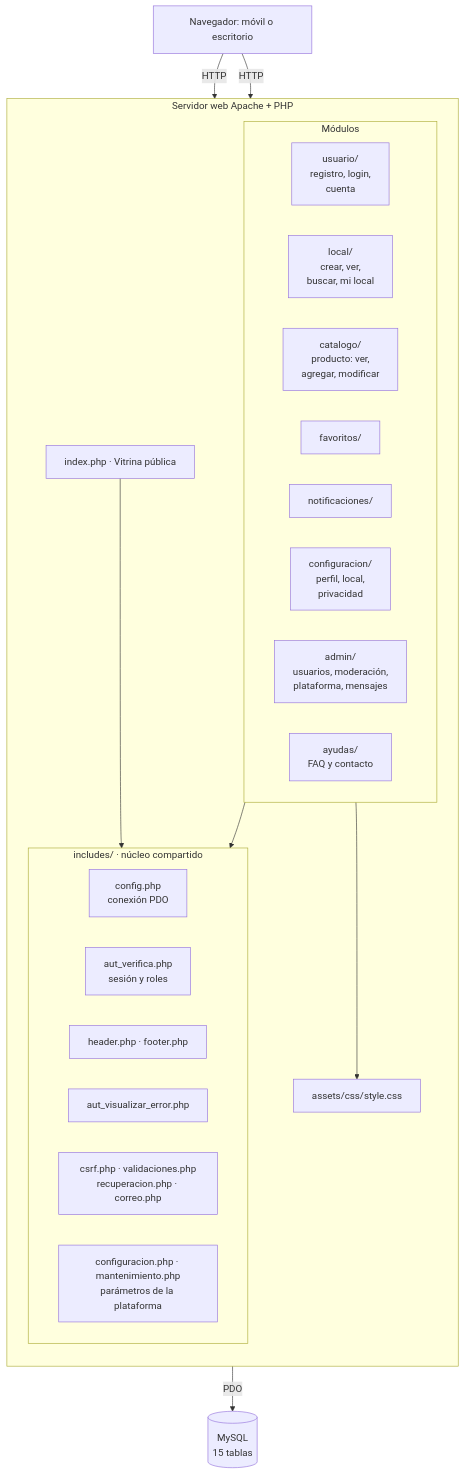
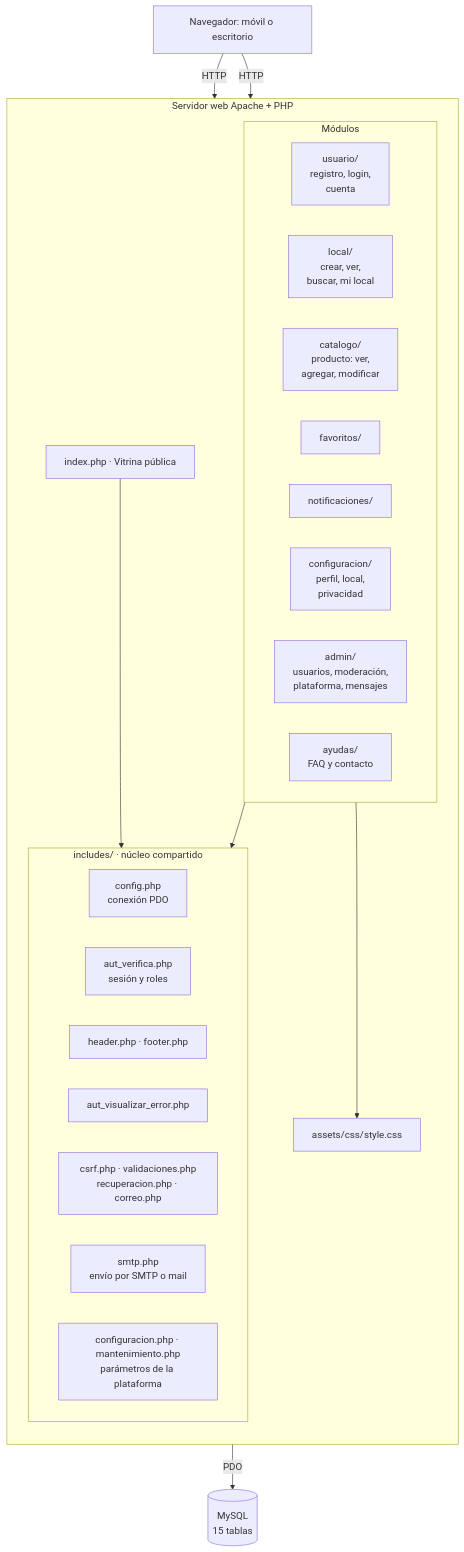
One commit to mihzuk/Galezarzal changed the diagram in docs/diagramas/arquitectura.md. Above: the diagram before and after it, drawn with Mermaid. The commit also changed 7 other files, not shown here.

````diff
--- a/docs/diagramas/arquitectura.md
+++ b/docs/diagramas/arquitectura.md
@@ -5,39 +5,40 @@
 ```mermaid
 flowchart TB
     B[Navegador: móvil o escritorio]
 
     subgraph WEB[Servidor web Apache + PHP]
         direction TB
         IDX[index.php · Vitrina pública]
         subgraph MOD[Módulos]
             direction LR
             USR[usuario/<br/>registro, login,<br/>cuenta]
             LOC[local/<br/>crear, ver,<br/>buscar, mi local]
             CAT[catalogo/<br/>producto: ver,<br/>agregar, modificar]
             FAV[favoritos/]
             NOT[notificaciones/]
             CFG[configuracion/<br/>perfil, local,<br/>privacidad]
             ADM[admin/<br/>usuarios, moderación,<br/>plataforma, mensajes]
             AYU[ayudas/<br/>FAQ y contacto]
         end
         subgraph INC[includes/ · núcleo compartido]
             direction LR
             CONF[config.php<br/>conexión PDO]
             AUT[aut_verifica.php<br/>sesión y roles]
             HF[header.php · footer.php]
             ERR[aut_visualizar_error.php]
             SEG[csrf.php · validaciones.php<br/>recuperacion.php · correo.php]
+            SMTP[smtp.php<br/>envío por SMTP o mail]
             PLAT[configuracion.php · mantenimiento.php<br/>parámetros de la plataforma]
         end
         ASSETS[assets/css/style.css]
     end
 
     DB[(MySQL<br/>15 tablas)]
 
     B -->|HTTP| IDX
     B -->|HTTP| MOD
     MOD --> INC
     IDX --> INC
     INC -->|PDO| DB
     MOD --> ASSETS
 ```
````
